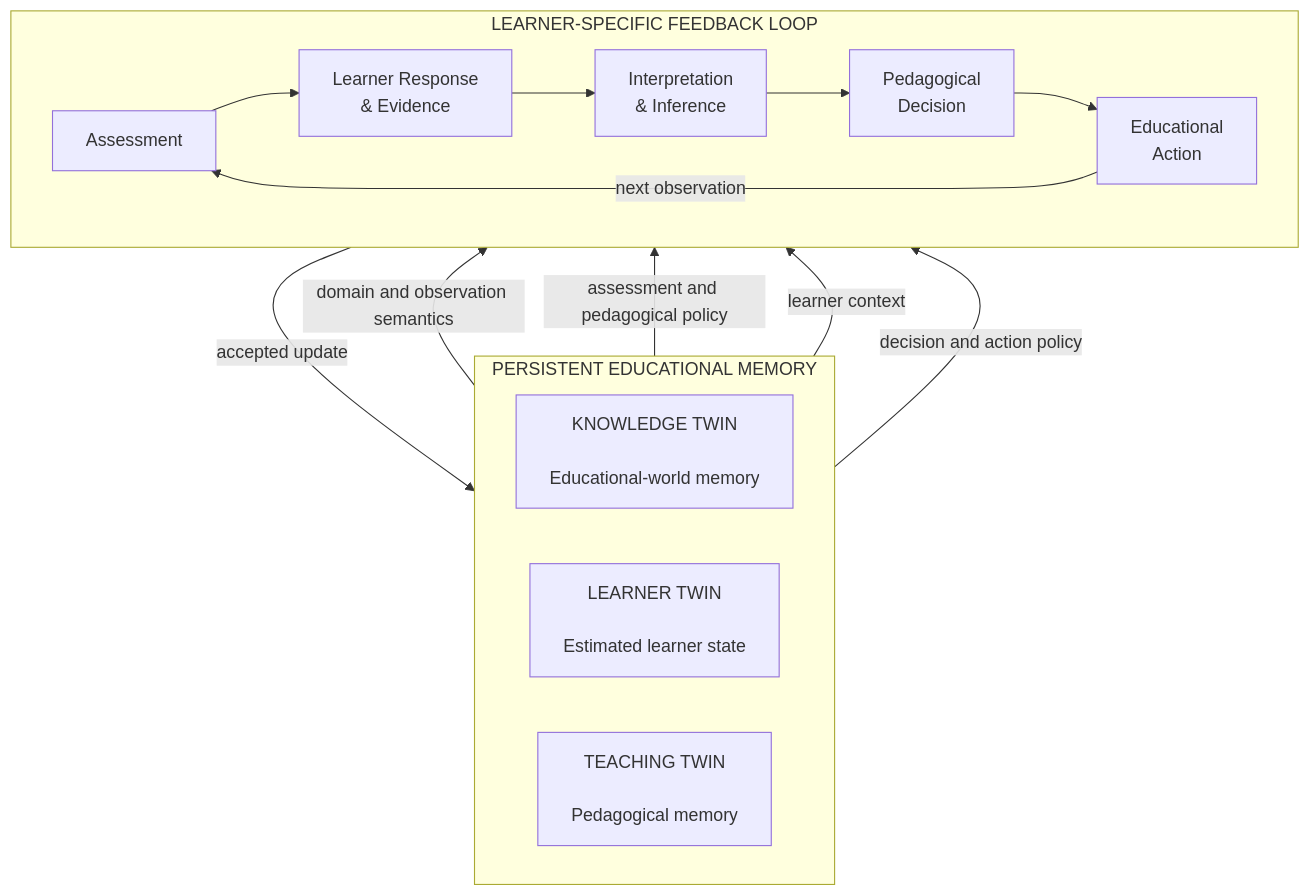
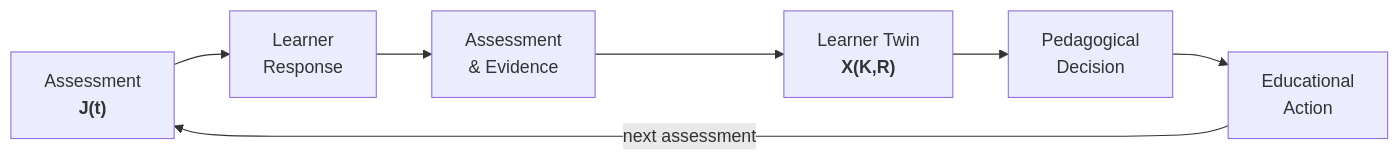
Before and after one commit to thatao72/three-twin-docs: the second of 6 diagrams in content/architecture.md, drawn with Mermaid. The commit also changed other lines of this file, not shown here.

Commit message:
Improve Section 8 traceability diagram readability

````diff
--- a/content/architecture.md
+++ b/content/architecture.md
@@ -112,33 +106,17 @@
 ```mermaid
-flowchart TB
+flowchart LR
 
-    subgraph MEMORY["PERSISTENT EDUCATIONAL MEMORY"]
-        direction LR
+    J["Assessment<br/><b>J(t)</b>"]
+    A["Learner<br/>Response"]
+    E["Assessment<br/>& Evidence"]
+    L["Learner Twin<br/><b>X(K,R)</b>"]
+    PD["Pedagogical<br/>Decision"]
+    EA["Educational<br/>Action"]
 
-        K["KNOWLEDGE TWIN<br/><br/>Educational-world memory"]
-        L["LEARNER TWIN<br/><br/>Estimated learner state"]
-        T["TEACHING TWIN<br/><br/>Pedagogical memory"]
-    end
-
-    subgraph LOOP["LEARNER-SPECIFIC FEEDBACK LOOP"]
-        direction LR
-
-        J["Assessment"]
-        OBS["Learner Response<br/>& Evidence"]
-        INF["Interpretation<br/>& Inference"]
-        PD["Pedagogical<br/>Decision"]
-        EA["Educational<br/>Action"]
-
-        J --> OBS
-        OBS --> INF
-        INF --> PD
-        PD --> EA
-        EA -->|"next observation"| J
-    end
-
-    K -->|"domain and observation semantics"| J
-    T -->|"assessment and pedagogical policy"| J
-    INF -->|"accepted update"| L
-    L -->|"learner context"| PD
-    T -->|"decision and action policy"| PD
+    J --> A
+    A --> E
+    E --> L
+    L --> PD
+    PD --> EA
+    EA -->|"next assessment"| J
 ```
````
